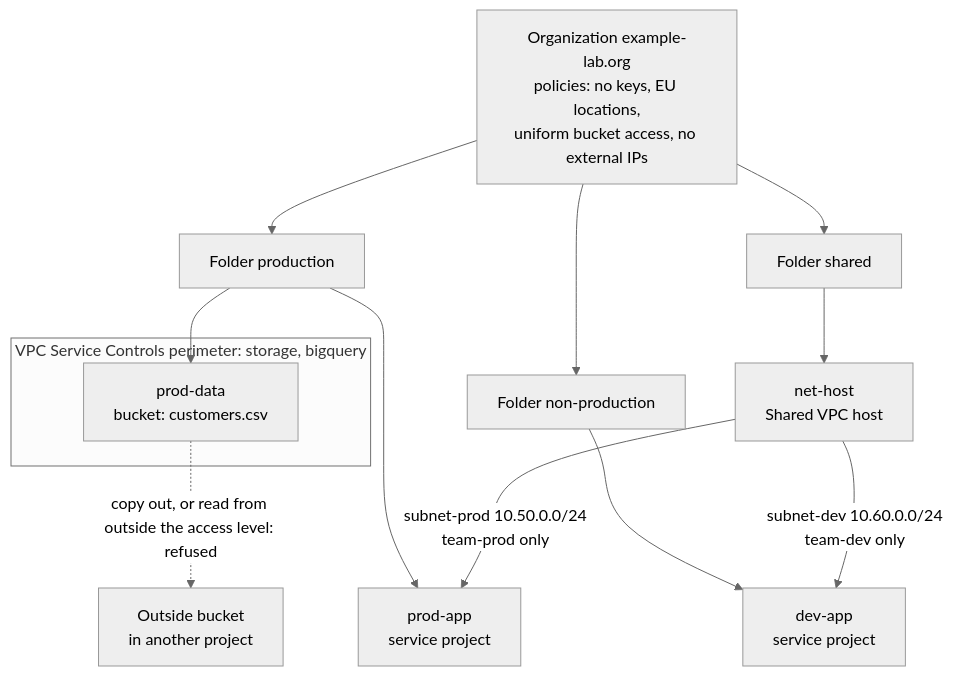
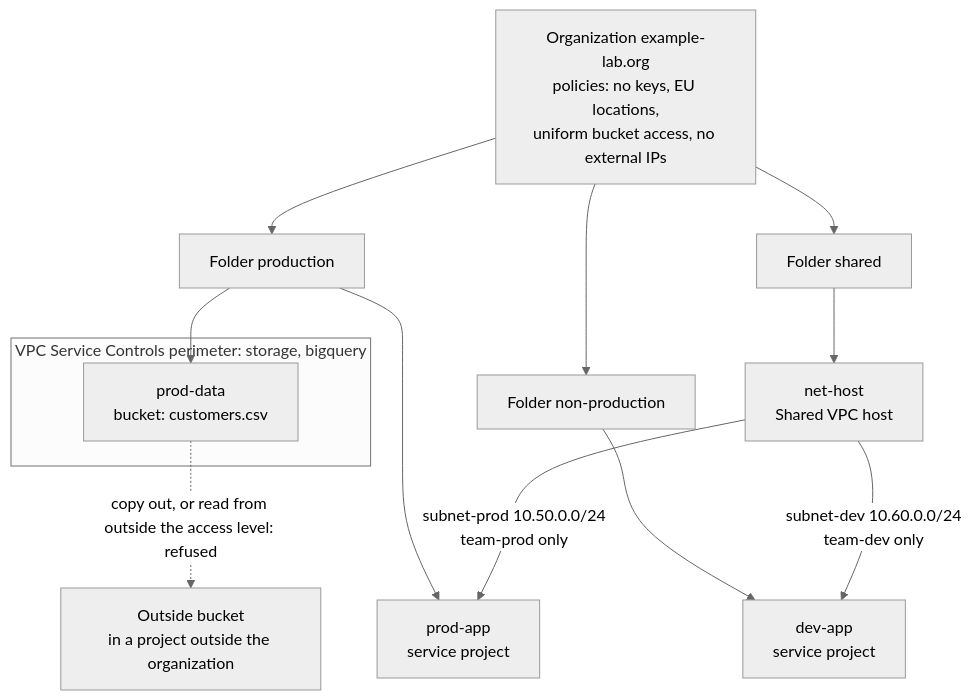
The diagram in ARCHITECTURE.md (plainround-projects/gcp-landing-zone-slice), drawn with Mermaid (neutral theme) before and after one commit. The commit also changed 1 other file, not shown here.

Commit message:
docs: align the architecture notes with the code

````diff
--- a/ARCHITECTURE.md
+++ b/ARCHITECTURE.md
@@ -23,17 +23,17 @@
 ```mermaid
 flowchart TB
     org["Organization example-lab.org<br/>policies: no keys, EU locations,<br/>uniform bucket access, no external IPs"]
     org --> fprod["Folder production"]
     org --> fnon["Folder non-production"]
     org --> fnet["Folder shared"]
     fprod --> pdata["prod-data<br/>bucket: customers.csv"]
     fprod --> papp["prod-app<br/>service project"]
     fnon --> dapp["dev-app<br/>service project"]
     fnet --> host["net-host<br/>Shared VPC host"]
     host -->|subnet-prod 10.50.0.0/24<br/>team-prod only| papp
     host -->|subnet-dev 10.60.0.0/24<br/>team-dev only| dapp
     subgraph perimeter["VPC Service Controls perimeter: storage, bigquery"]
         pdata
     end
-    pdata -. "copy out, or read from outside the access level: refused" .-> ext["Outside bucket<br/>in another project"]
+    pdata -. "copy out, or read from outside the access level: refused" .-> ext["Outside bucket<br/>in a project outside the organization"]
 ```
````
